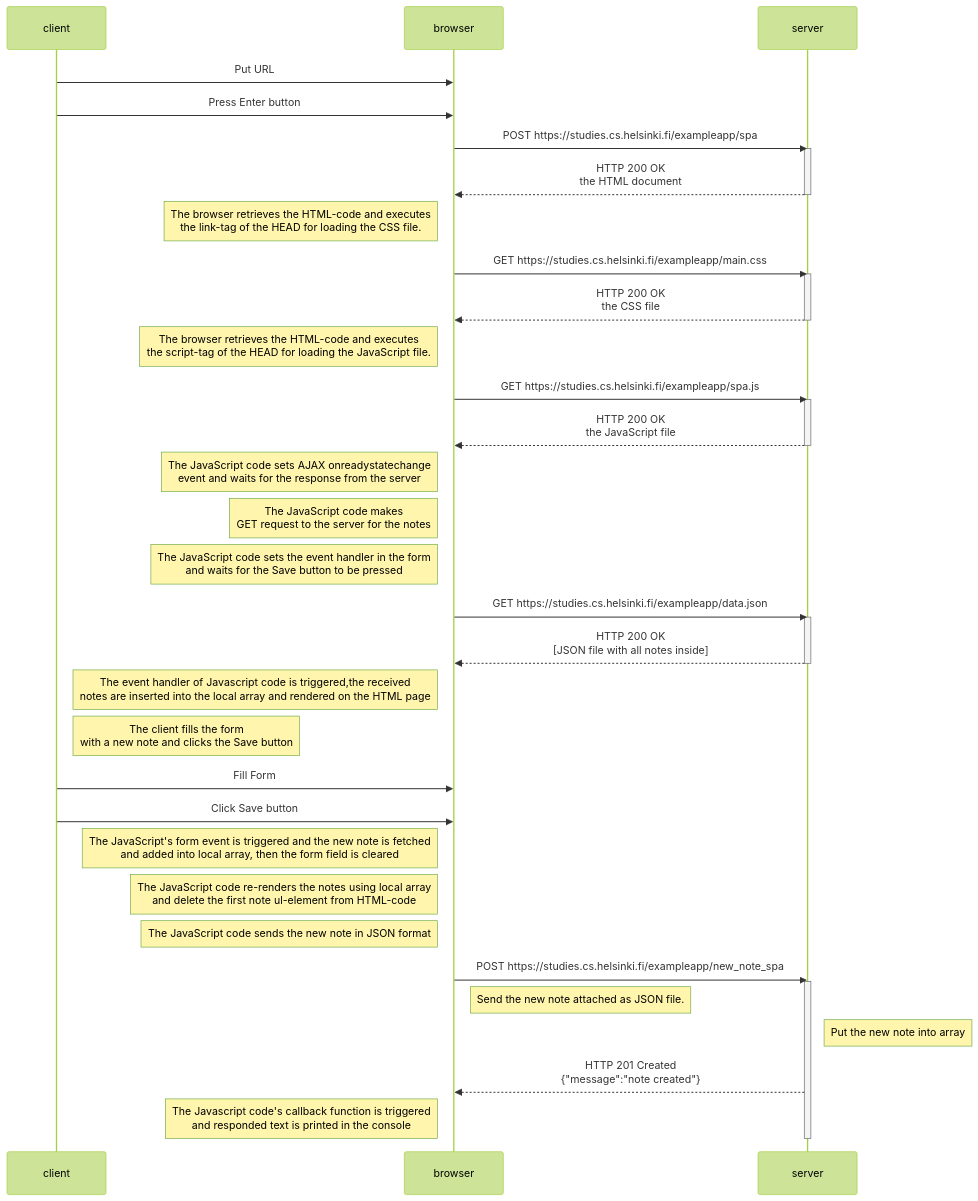
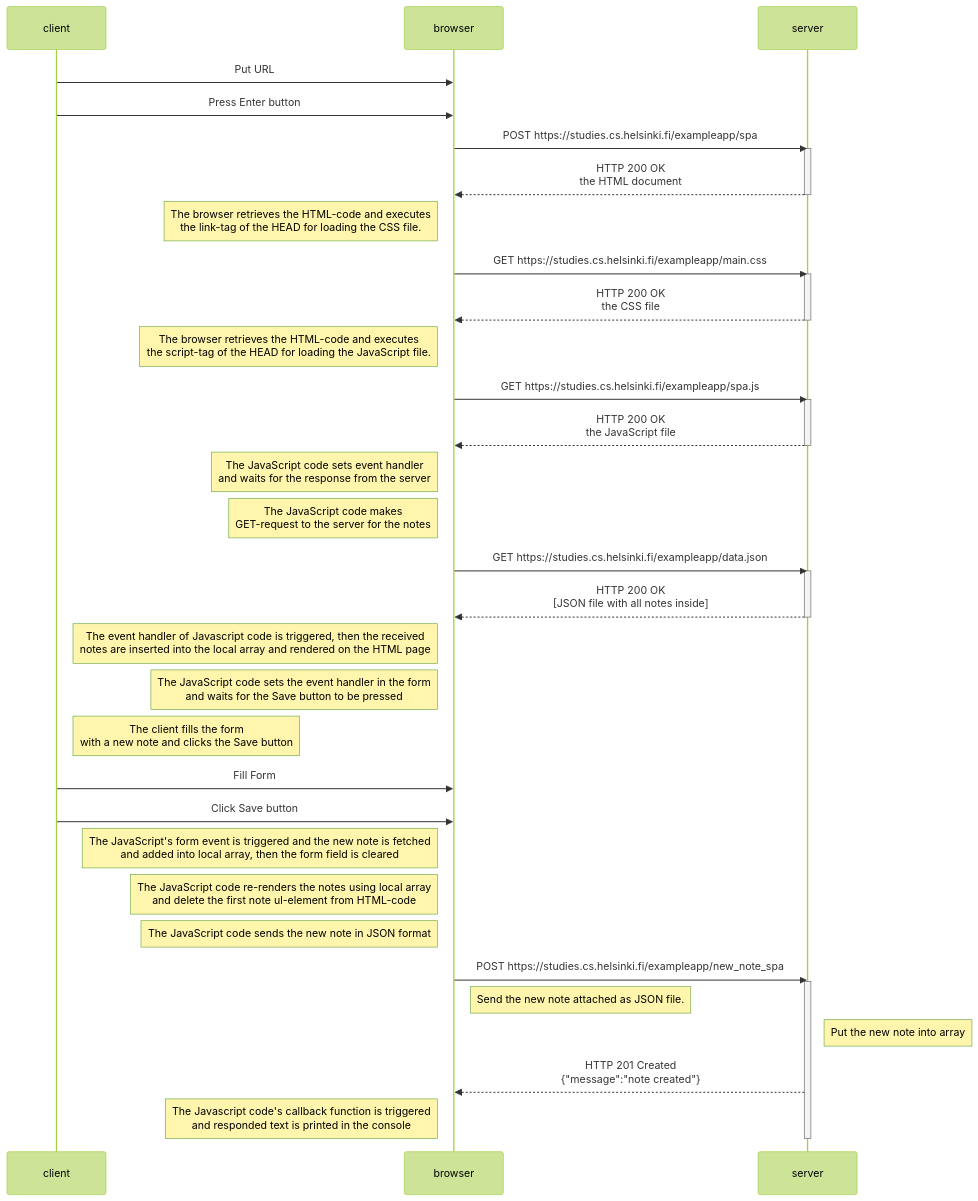
One commit to VadimZubchenko/fullstack-open-tehtavat changed the diagram in osa0/Single_Page_App/README.md. Above: the diagram before and after it, drawn with Mermaid (forest theme).

````diff
--- a/osa0/Single_Page_App/README.md
+++ b/osa0/Single_Page_App/README.md
@@ -1,50 +1,50 @@
 ```mermaid
 sequenceDiagram
     participant client
     participant browser
     participant server
     
     client->>browser: Put URL 
     client->>browser: Press Enter button
     browser->>server: POST https://studies.cs.helsinki.fi/exampleapp/spa
     activate server
     server-->>browser: HTTP 200 OK<br/>the HTML document
     deactivate server
 
     Note left of browser: The browser retrieves the HTML-code and executes<br/>the link-tag of the HEAD for loading the CSS file.
     browser->>server: GET https://studies.cs.helsinki.fi/exampleapp/main.css
     activate server
     server-->>browser: HTTP 200 OK<br/>the CSS file
     deactivate server
 
     Note left of browser: The browser retrieves the HTML-code and executes<br/>the script-tag of the HEAD for loading the JavaScript file.
     browser->>server: GET https://studies.cs.helsinki.fi/exampleapp/spa.js
     activate server
     server-->>browser: HTTP 200 OK<br/>the JavaScript file
     deactivate server
 
-    Note left of browser: The JavaScript code sets AJAX onreadystatechange<br/> event and waits for the response from the server  
-    Note left of browser: The JavaScript code makes<br/>GET request to the server for the notes
-    Note left of browser: The JavaScript code sets the event handler in the form<br/>and waits for the Save button to be pressed  
+    Note left of browser: The JavaScript code sets event handler<br/>and waits for the response from the server  
+    Note left of browser: The JavaScript code makes<br/>GET-request to the server for the notes
     browser->>server: GET https://studies.cs.helsinki.fi/exampleapp/data.json
     activate server
     server-->>browser: HTTP 200 OK<br/>[JSON file with all notes inside]
     deactivate server
 
-    Note left of browser: The event handler of Javascript code is triggered,the received<br/> notes are inserted into the local array and rendered on the HTML page 
+    Note left of browser: The event handler of Javascript code is triggered, then the received<br/> notes are inserted into the local         array and rendered on the HTML page
+    Note left of browser: The JavaScript code sets the event handler in the form<br/>and waits for the Save button to be pressed   
     Note right of client: The client fills the form<br/>with a new note and clicks the Save button 
     
     client->>browser: Fill Form
     client->>browser: Click Save button
     Note left of browser: The JavaScript's form event is triggered and the new note is fetched<br/>and added into local array, then the form field is cleared
     Note left of browser: The JavaScript code re-renders the notes using local array<br/>and delete the first note ul-element from HTML-code  
     Note left of browser: The JavaScript code sends the new note in JSON format
     browser->>server: POST https://studies.cs.helsinki.fi/exampleapp/new_note_spa
     activate server
     Note right of browser: Send the new note attached as JSON file.
     Note right of server: Put the new note into array
     server-->>browser: HTTP 201 Created<br/>{"message":"note created"}
     Note left of browser:  The Javascript code's callback function is triggered<br/>and responded text is printed in the console
     deactivate server    
 
 ```
````
